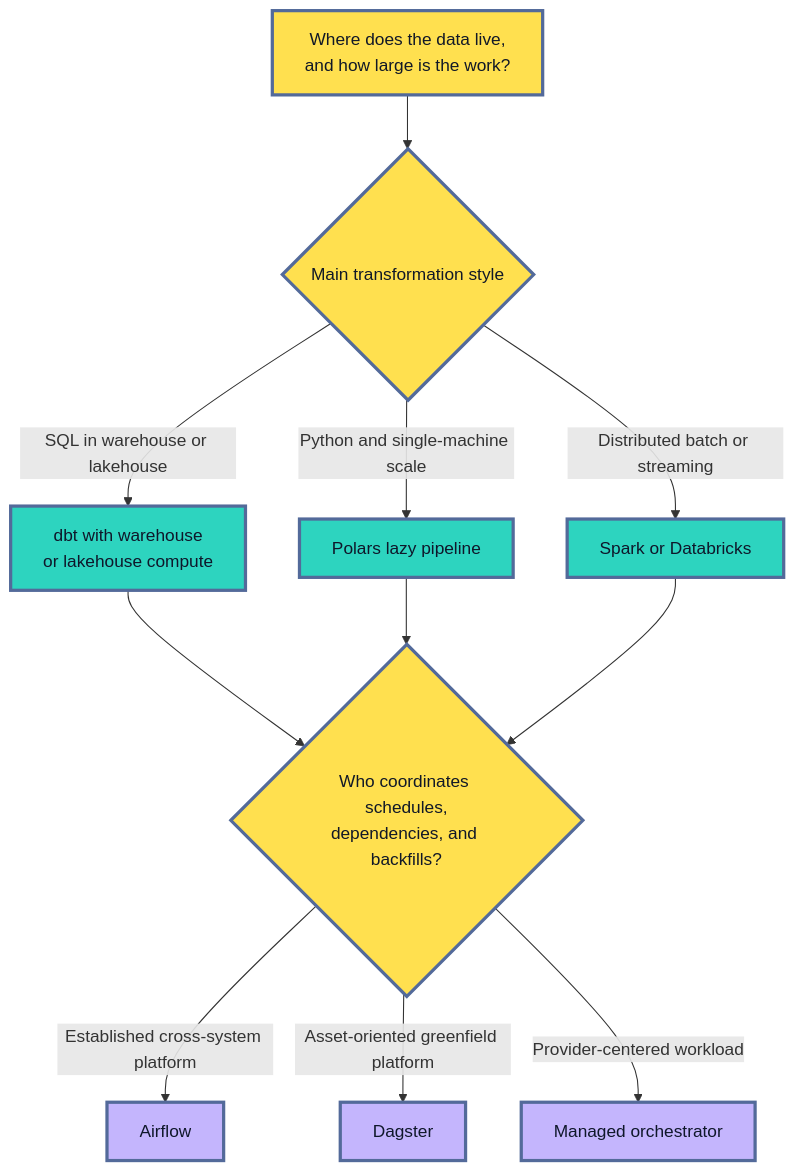
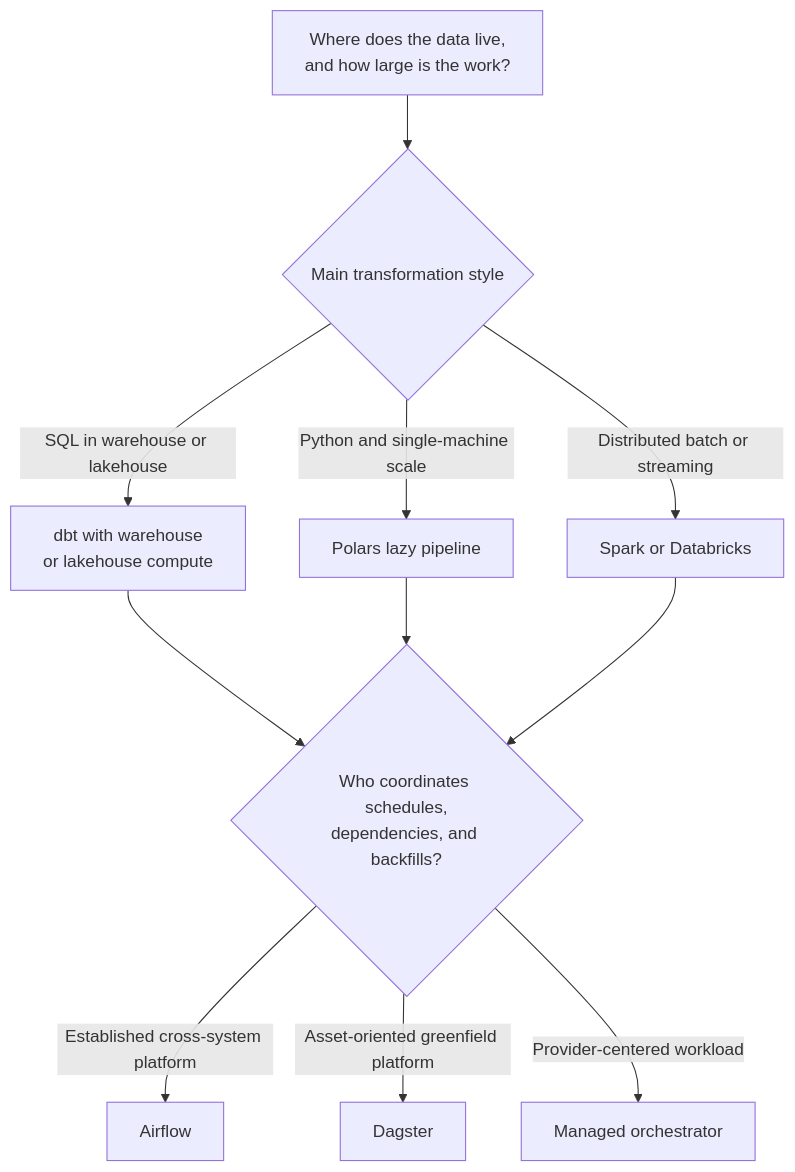
The ninth of 9 diagrams in roadmaps/mlops/modules/data-for-ml-systems/data-pipelines/01-repeatable-data-pipelines.md (senlinyy/dev-roadmaps), drawn with Mermaid before and after one commit. The commit also changed other lines of this file and 152 other files, not shown here.

Commit message:
feat: mlops and diagrams updated

````diff
--- a/roadmaps/mlops/modules/data-for-ml-systems/data-pipelines/01-repeatable-data-pipelines.md
+++ b/roadmaps/mlops/modules/data-for-ml-systems/data-pipelines/01-repeatable-data-pipelines.md
@@ -531,20 +506,17 @@
 ```mermaid
 flowchart TD
     A["Where does the data live,<br/>and how large is the work?"] --> B{"Main transformation style"}
     B -->|"SQL in warehouse or lakehouse"| C["dbt with warehouse<br/>or lakehouse compute"]
     B -->|"Python and single-machine scale"| D["Polars lazy pipeline"]
     B -->|"Distributed batch or streaming"| E["Spark or Databricks"]
     C --> F{"Who coordinates schedules,<br/>dependencies, and backfills?"}
     D --> F
     E --> F
     F -->|"Established cross-system platform"| G["Airflow"]
     F -->|"Asset-oriented greenfield platform"| H["Dagster"]
     F -->|"Provider-centered workload"| I["Managed orchestrator"]
 
-    classDef question fill:#FFE04F,stroke:#536A9A,stroke-width:3px,color:#111827
-    classDef engine fill:#2DD4BF,stroke:#536A9A,stroke-width:3px,color:#0F172A
-    classDef orchestrator fill:#C4B5FD,stroke:#536A9A,stroke-width:3px,color:#0F172A
     class A,B,F question
     class C,D,E engine
     class G,H,I orchestrator
 ```
````
